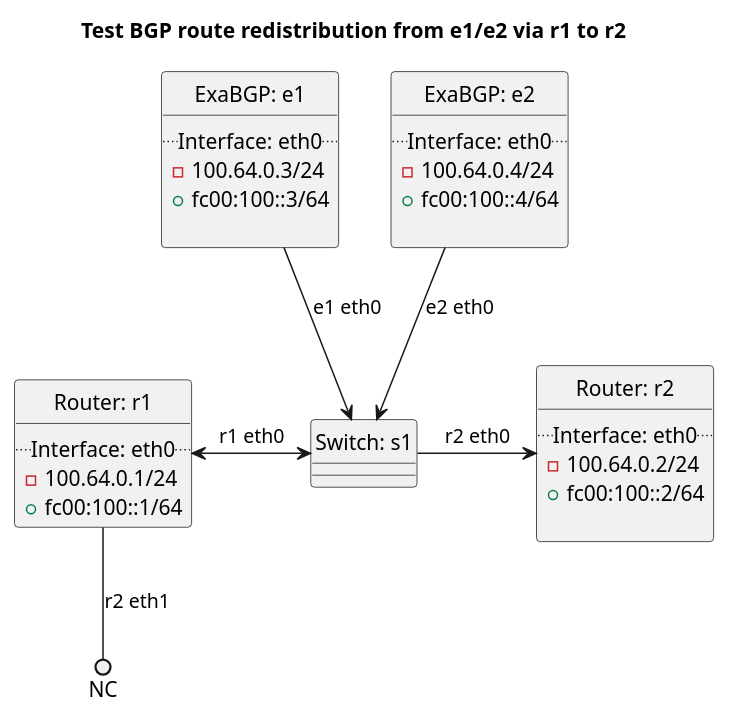
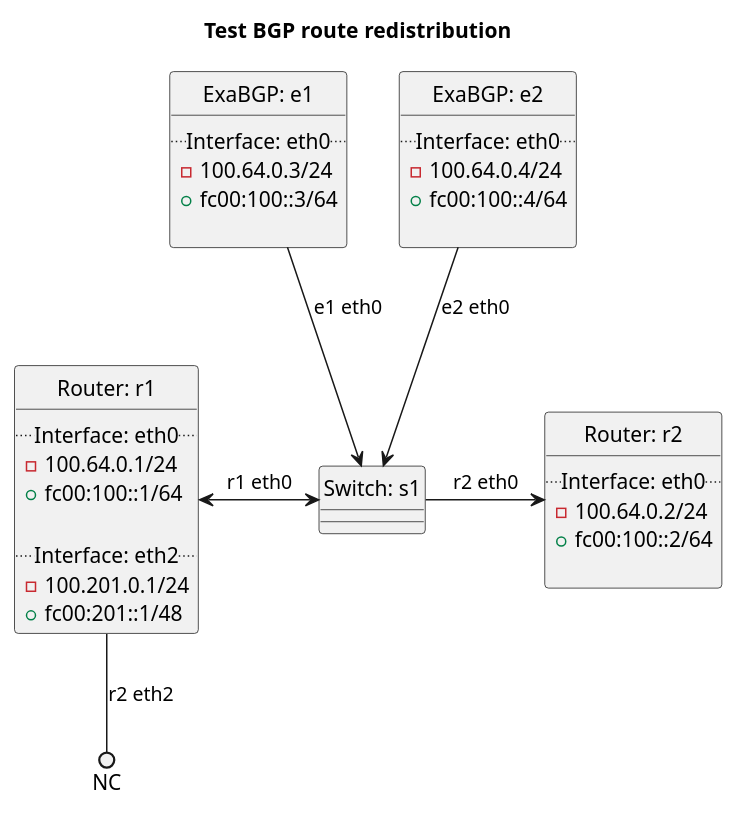
Before and after one commit to oscdev-io/birdplan: the diagram in tests/t40_bgp/t38_redistribute_bgp/README.md, drawn with PlantUML. The commit also changed other lines of this file and 1499 other files, not shown here.

````diff
--- a/tests/t40_bgp/t38_redistribute_bgp/README.md
+++ b/tests/t40_bgp/t38_redistribute_bgp/README.md
@@ -37,45 +36,49 @@
 ```plantuml
 @startuml
 hide circle
-title Test BGP route redistribution from e1/e2 via r1 to r2
+title Test BGP route redistribution
 
 
 class "Router: r1" {
   .. Interface: eth0 ..
 - 100.64.0.1/24
 + fc00:100::1/64
+
+  .. Interface: eth2 ..
+- 100.201.0.1/24
++ fc00:201::1/48
 }
 
 
 class "Router: r2" {
   .. Interface: eth0 ..
 - 100.64.0.2/24
 + fc00:100::2/64
 
 }
 
 class "ExaBGP: e1" {
   .. Interface: eth0 ..
 - 100.64.0.3/24
 + fc00:100::3/64
 
 }
 
 class "ExaBGP: e2" {
   .. Interface: eth0 ..
 - 100.64.0.4/24
 + fc00:100::4/64
 
 }
 
 class "Switch: s1" {}
 
 "ExaBGP: e1" -down-> "Switch: s1": e1 eth0
 "ExaBGP: e2" -down-> "Switch: s1": e2 eth0
 "Router: r1" <-> "Switch: s1": r1 eth0
 "Switch: s1" -> "Router: r2": r2 eth0
-"Router: r1" --() NC: r2 eth1
+"Router: r1" --() NC: r2 eth2
 
 
 @enduml
 ```
````
